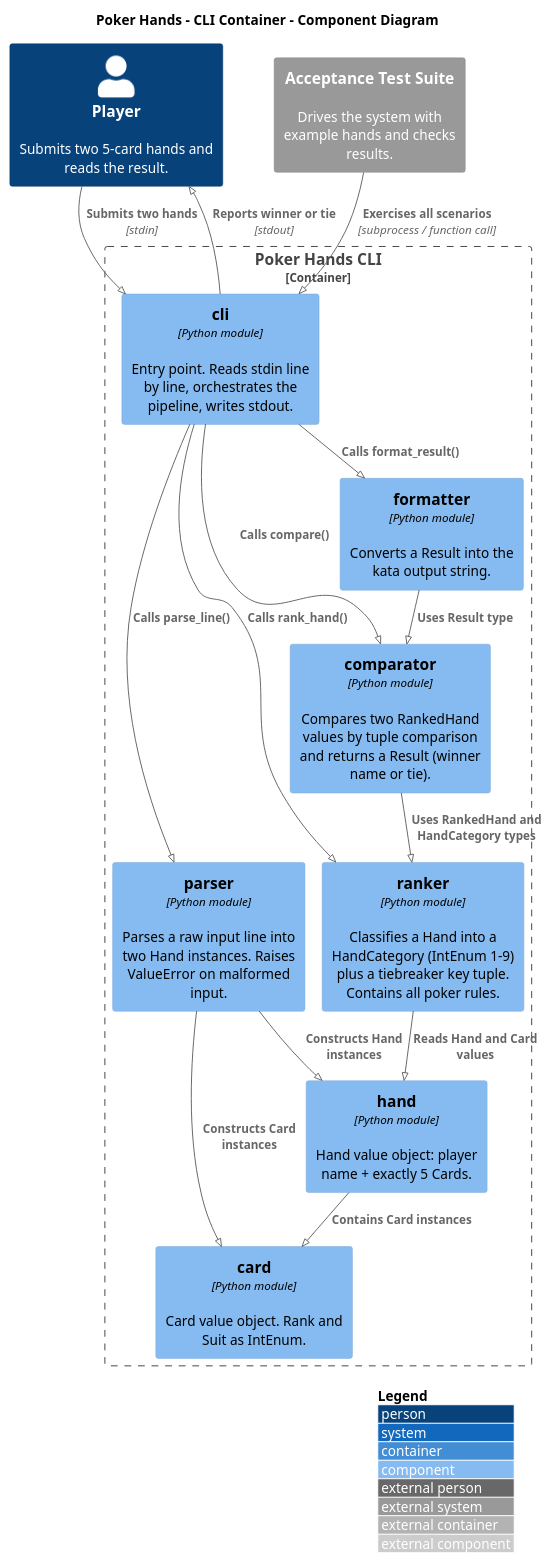
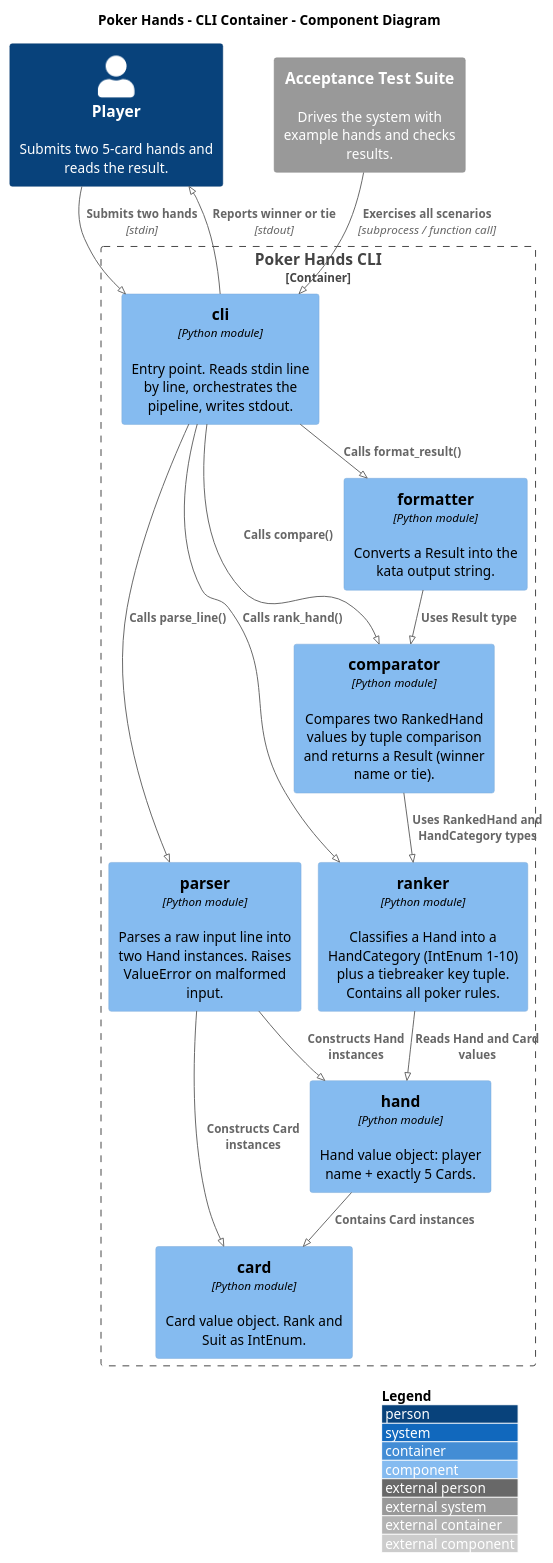
Before and after one commit to resetarp/agentic-sdlc-petar-resetar: the diagram in architecture/diagrams/c4-component-cli.puml, drawn with PlantUML. The commit also changed 10 other files, not shown here.

First line of the commit message:
#14 [BUG] Fix architecture documents to align with planned project design (#15)

```diff
--- a/architecture/diagrams/c4-component-cli.puml
+++ b/architecture/diagrams/c4-component-cli.puml
@@ -1,38 +1,38 @@
 @startuml c4-component-cli
 !pragma layout smetana
 !include https://raw.githubusercontent.com/plantuml-stdlib/C4-PlantUML/master/C4_Component.puml
 
 title Poker Hands - CLI Container - Component Diagram
 
 LAYOUT_WITH_LEGEND()
 
 Person(player, "Player", "Submits two 5-card hands and reads the result.")
 System_Ext(testHarness, "Acceptance Test Suite", "Drives the system with example hands and checks results.")
 
 Container_Boundary(cli, "Poker Hands CLI") {
     Component(cliEntry, "cli", "Python module", "Entry point. Reads stdin line by line, orchestrates the pipeline, writes stdout.")
     Component(parser, "parser", "Python module", "Parses a raw input line into two Hand instances. Raises ValueError on malformed input.")
-    Component(ranker, "ranker", "Python module", "Classifies a Hand into a HandCategory (IntEnum 1-9) plus a tiebreaker key tuple. Contains all poker rules.")
+    Component(ranker, "ranker", "Python module", "Classifies a Hand into a HandCategory (IntEnum 1-10) plus a tiebreaker key tuple. Contains all poker rules.")
     Component(comparator, "comparator", "Python module", "Compares two RankedHand values by tuple comparison and returns a Result (winner name or tie).")
     Component(formatter, "formatter", "Python module", "Converts a Result into the kata output string.")
     Component(hand, "hand", "Python module", "Hand value object: player name + exactly 5 Cards.")
     Component(card, "card", "Python module", "Card value object. Rank and Suit as IntEnum.")
 }
 
 Rel(player, cliEntry, "Submits two hands", "stdin")
 Rel(cliEntry, player, "Reports winner or tie", "stdout")
 Rel(testHarness, cliEntry, "Exercises all scenarios", "subprocess / function call")
 
 Rel(cliEntry, parser, "Calls parse_line()")
 Rel(cliEntry, ranker, "Calls rank_hand()")
 Rel(cliEntry, comparator, "Calls compare()")
 Rel(cliEntry, formatter, "Calls format_result()")
 
 Rel(parser, hand, "Constructs Hand instances")
 Rel(parser, card, "Constructs Card instances")
 Rel(ranker, hand, "Reads Hand and Card values")
 Rel(comparator, ranker, "Uses RankedHand and HandCategory types")
 Rel(formatter, comparator, "Uses Result type")
 Rel(hand, card, "Contains Card instances")
 
 @enduml
```
